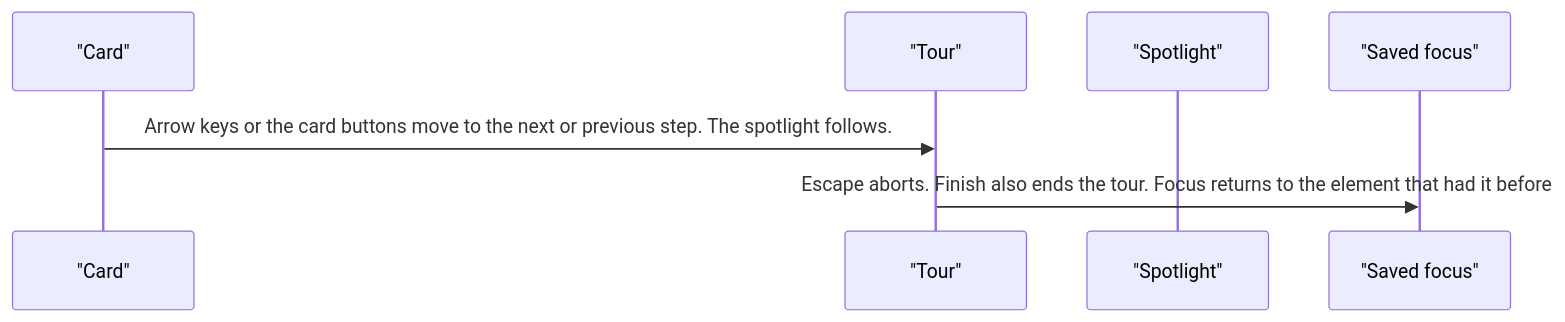
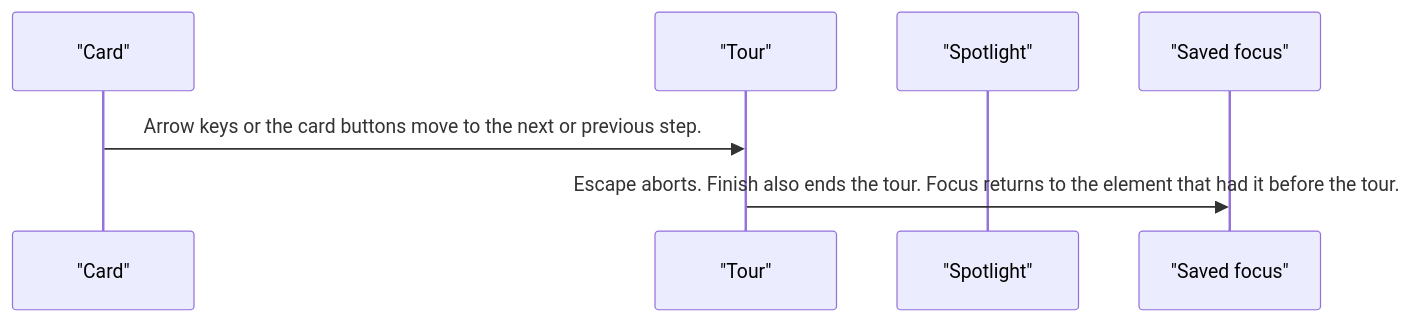
One commit to RajshekharBorate/pixel-ui changed the third of 4 diagrams in projects/pixel-ui/src/lib/pixel-tour/DESIGN.md. Above: the diagram before and after it, drawn with Mermaid. The commit also changed other lines of this file and 80 other files, not shown here.

Commit message:
Fill missing design flows and correct the stories that did not match component behavior.

````diff
--- a/projects/pixel-ui/src/lib/pixel-tour/DESIGN.md
+++ b/projects/pixel-ui/src/lib/pixel-tour/DESIGN.md
@@ -66,9 +66,9 @@
 ```mermaid
 sequenceDiagram
   participant card as "Card"
   participant tour as "Tour"
   participant spot as "Spotlight"
   participant focus as "Saved focus"
-  card->>tour: Arrow keys or the card buttons move to the next or previous step. The spotlight follows.
-  tour->>focus: Escape aborts. Finish also ends the tour. Focus returns to the element that had it before 
+  card->>tour: Arrow keys or the card buttons move to the next or previous step.
+  tour->>focus: Escape aborts. Finish also ends the tour. Focus returns to the element that had it before the tour.
 ```
````
